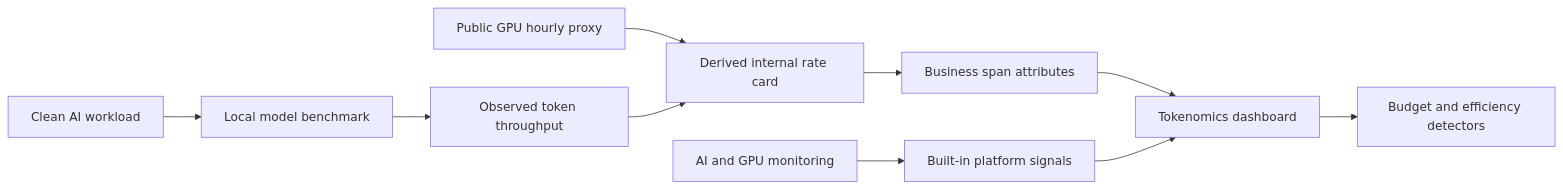
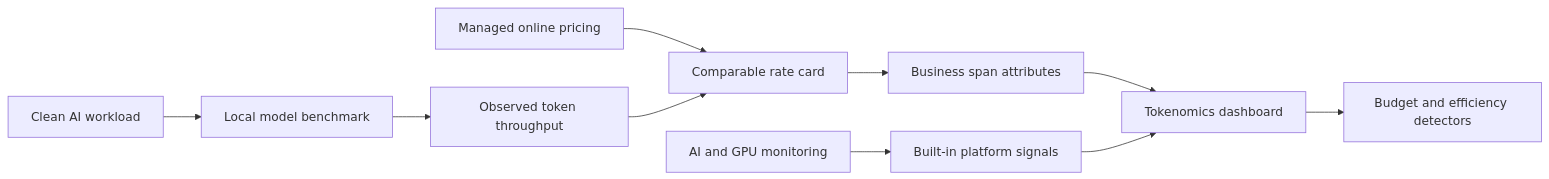
One commit to marciokugler/observability-workshop changed the diagram in content/en/ninja-workshops/ai/14-ai-tokenomics-chargeback/_index.md. Above: the diagram before and after it, drawn with Mermaid. The commit also changed other lines of this file and 68 other files, not shown here.

````diff
--- a/content/en/ninja-workshops/ai/14-ai-tokenomics-chargeback/_index.md
+++ b/content/en/ninja-workshops/ai/14-ai-tokenomics-chargeback/_index.md
@@ -53,12 +54,12 @@
 ```mermaid
 flowchart LR
     Clean["Clean AI workload"] --> Local["Local model benchmark"]
     Local --> Throughput["Observed token throughput"]
-    Public["Public GPU hourly proxy"] --> RateCard["Derived internal rate card"]
+    Public["Managed online pricing"] --> RateCard["Comparable rate card"]
     Throughput --> RateCard
     RateCard --> Instr["Business span attributes"]
     OOTB["AI and GPU monitoring"] --> GPUCost["Built-in platform signals"]
     Instr --> Dashboard["Tokenomics dashboard"]
     GPUCost --> Dashboard
     Dashboard --> Detectors["Budget and efficiency detectors"]
 ```
````
